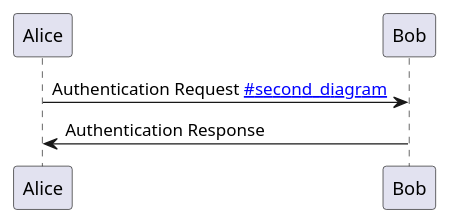
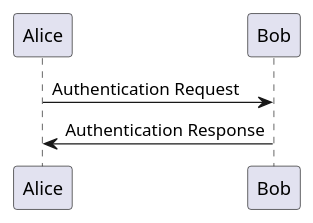
Before and after one commit to beckje01/plantuml-test: the first of 2 diagrams in wiki/diagrams.puml, drawn with PlantUML.

Commit message:
Remove link from puml file to fix build
The build was failing because the markdown link in the plantuml code is not valid in a standalone .puml file.

This commit removes the link from `wiki/diagrams.puml` to fix the build. The link is still present in `wiki/diagrams.md` so it will work in the wiki.

```diff
--- a/wiki/diagrams.puml
+++ b/wiki/diagrams.puml
@@ -1,4 +1,4 @@
 @startuml first_diagram
-Alice -> Bob: Authentication Request [[#second_diagram]]
+Alice -> Bob: Authentication Request
 Bob -> Alice: Authentication Response
 @enduml
```
